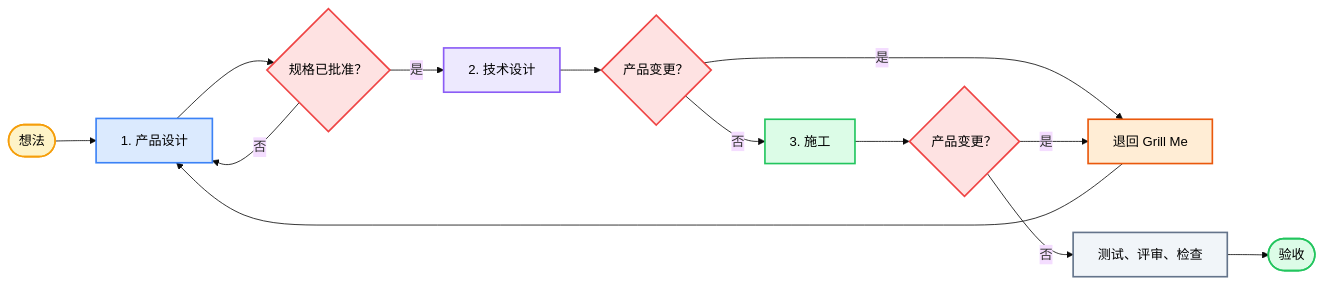
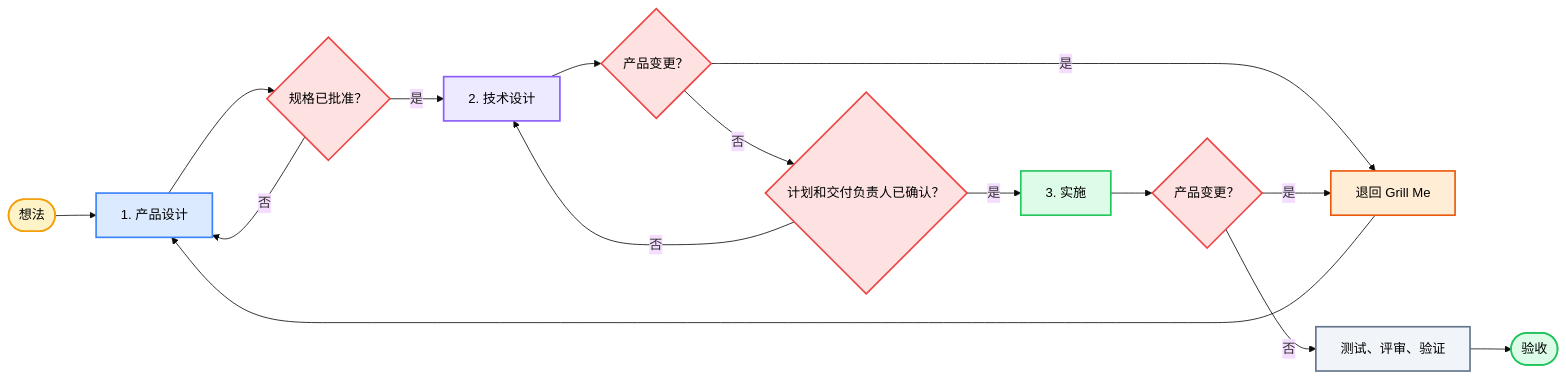
Before and after one commit to okht/grill-powers: the diagram in docs/lang/README_ZH.md, drawn with Mermaid (base theme). The commit also changed other lines of this file, not shown here.

````diff
--- a/docs/lang/README_ZH.md
+++ b/docs/lang/README_ZH.md
@@ -128,26 +130,29 @@
 ```mermaid
 flowchart LR
     I(["想法"]) --> P["1. 产品设计"]
     P --> S{"规格已批准？"}
     S -- "否" --> P
     S -- "是" --> T["2. 技术设计"]
     T --> C{"产品变更？"}
     C -- "是" --> R["退回 Grill Me"]
     R --> P
-    C -- "否" --> D["3. 施工"]
+    C -- "否" --> O{"计划和交付负责人已确认？"}
+    O -- "否" --> T
+    O -- "是" --> D["3. 实施"]
     D --> M{"产品变更？"}
     M -- "是" --> R
-    M -- "否" --> V["测试、评审、检查"]
+    M -- "否" --> V["测试、评审、验证"]
     V --> A(["验收"])
 
     style I fill:#FEF3C7,stroke:#F59E0B,stroke-width:2px,color:#000
     style P fill:#DBEAFE,stroke:#3B82F6,stroke-width:2px,color:#000
     style S fill:#FEE2E2,stroke:#EF4444,stroke-width:2px,color:#000
     style T fill:#EDE9FE,stroke:#8B5CF6,stroke-width:2px,color:#000
     style C fill:#FEE2E2,stroke:#EF4444,stroke-width:2px,color:#000
+    style O fill:#FEE2E2,stroke:#EF4444,stroke-width:2px,color:#000
     style R fill:#FFEDD5,stroke:#EA580C,stroke-width:2px,color:#000
     style D fill:#DCFCE7,stroke:#22C55E,stroke-width:2px,color:#000
     style M fill:#FEE2E2,stroke:#EF4444,stroke-width:2px,color:#000
     style V fill:#F1F5F9,stroke:#64748B,stroke-width:2px,color:#000
     style A fill:#DCFCE7,stroke:#22C55E,stroke-width:2px,color:#000
 ```
````
